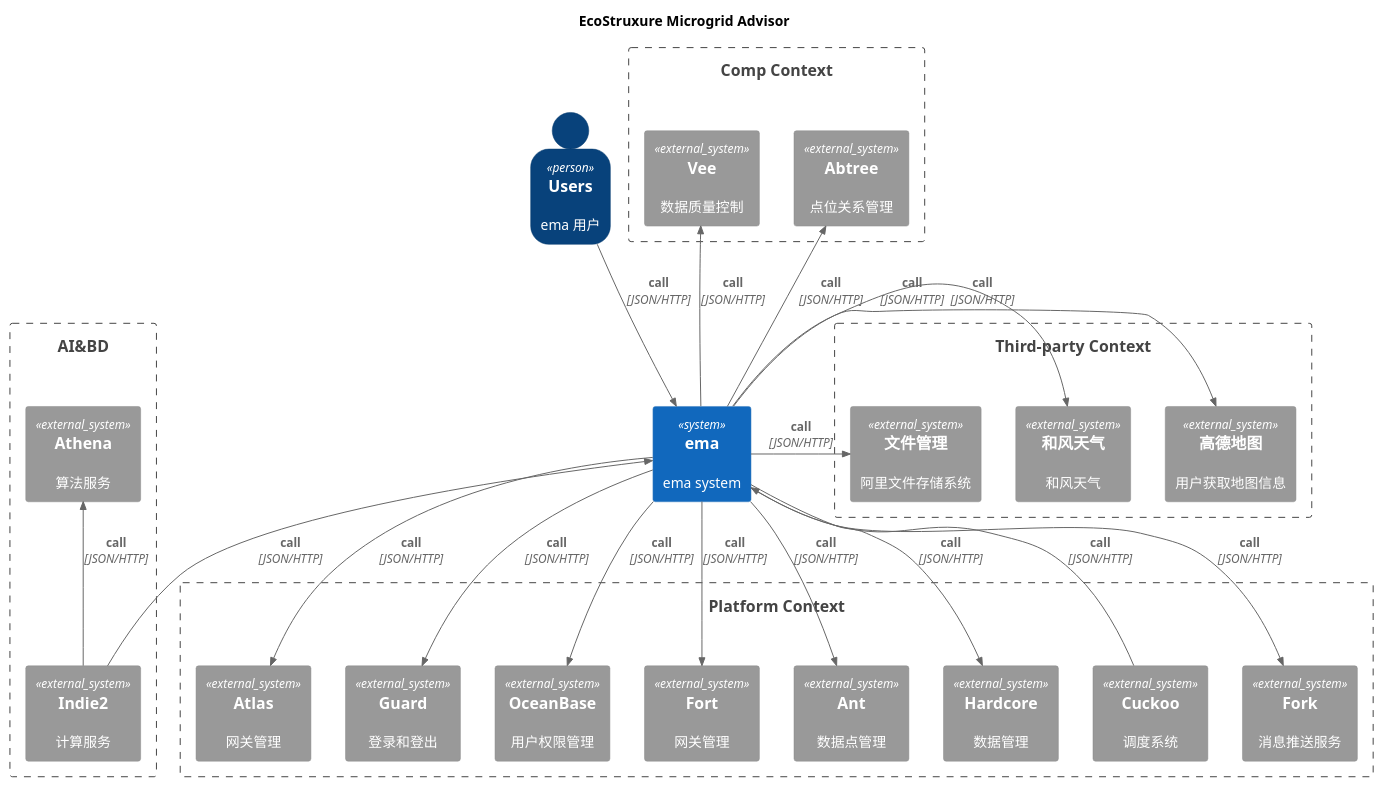
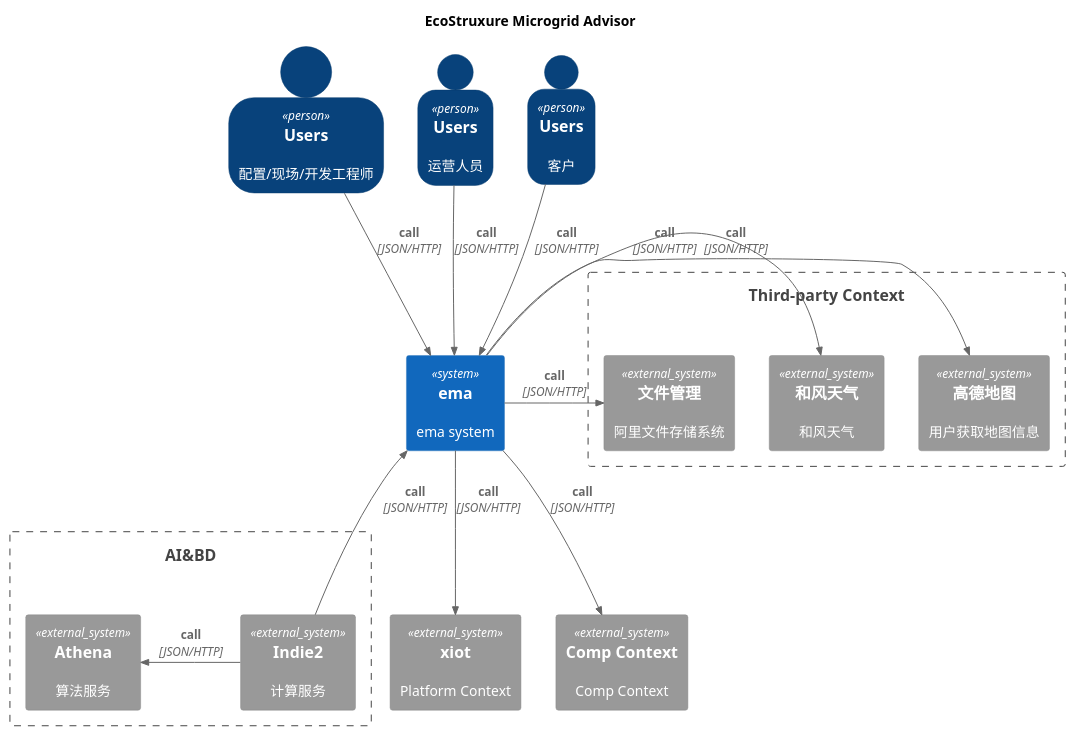
One commit to 0shuibo/C4-UML changed the diagram in c4-ema/ema_system.puml. Above: the diagram before and after it, drawn with PlantUML. The commit also changed 1 other file, not shown here.

Commit message:
提交C4图

```diff
--- a/c4-ema/ema_system.puml
+++ b/c4-ema/ema_system.puml
@@ -1,69 +1,54 @@
 @startuml energy_hub_system
 !include ../C4_Context.puml
 
 LAYOUT_TOP_DOWN()
 SHOW_PERSON_OUTLINE()
 
 title EcoStruxure Microgrid Advisor
 
-Person(customer, Users, "ema 用户")
+Person(customer1, Users, "配置/现场/开发工程师")
+Person(customer2, Users, "运营人员")
+Person(customer3, Users, "客户")
 
-Boundary(platformSystem, "Platform Context") {
-    System_Ext(atlas, "Atlas", "网关管理")
-    System_Ext(guard, "Guard", "登录和登出")
-    System_Ext(oceanBase, "OceanBase", "用户权限管理")
-    System_Ext(fort, "Fort", "网关管理")
-    System_Ext(ant, "Ant", "数据点管理")
-    System_Ext(hardcore, "Hardcore", "数据管理")
-    System_Ext(cuckoo, "Cuckoo", "调度系统")
-    System_Ext(fork, "Fork", "消息推送服务")
-}
 
 System(ema, "ema", "ema system")
 
-Boundary(compSystem, "Comp Context") {
-    System_Ext(abtree, "Abtree", "点位关系管理")
-    System_Ext(vee, "Vee", "数据质量控制")
-}
 
-Boundary(compSystem, "common service") {
-    System_Ext(fork, "Fork", "消息推送服务")
-    System_Ext(abtree, "Abtree", "点位关系管理")
-    System_Ext(cuckoo, "Cuckoo", "调度系统")
-}
+System_Ext(xiot, "xiot", "Platform Context")
+
+System_Ext(compSystem, "Comp Context", "Comp Context")
+
 
 Boundary(AI&BD, "AI&BD") {
      System_Ext(athena, "Athena", "算法服务")
      System_Ext(indie2, "Indie2", "计算服务")
 }
 
 
 Boundary(thirdPartySystem, "Third-party Context") {
     System_Ext(gis, "高德地图", "用户获取地图信息")
     System_Ext(oss, "文件管理", "阿里文件存储系统")
     System_Ext(geo, "和风天气", "和风天气")
 }
 
-Rel_D(customer,ema,"call", "JSON/HTTP")
+Rel_D(customer1,ema,"call", "JSON/HTTP")
+Rel_D(customer2,ema,"call", "JSON/HTTP")
+Rel_D(customer3,ema,"call", "JSON/HTTP")
 
-Rel_U(ema,fork,"call", "JSON/HTTP")
-Rel_U(ema,abtree,"call", "JSON/HTTP")
-Rel_U(cuckoo,ema,"call", "JSON/HTTP")
-Rel_U(ema,vee,"call", "JSON/HTTP")
 
 Rel_R(ema,gis,"call", "JSON/HTTP")
 Rel_R(ema,geo,"call", "JSON/HTTP")
 Rel_R(ema,oss,"call", "JSON/HTTP")
 
 Rel_U(indie2,ema,"call", "JSON/HTTP")
-Rel_U(indie2,athena,"call", "JSON/HTTP")
+Rel_L(indie2,athena,"call", "JSON/HTTP")
+Rel_D(ema,compSystem,"call", "JSON/HTTP")
 
 
-Rel_D(ema,atlas,"call", "JSON/HTTP")
-Rel_D(ema,guard,"call", "JSON/HTTP")
-Rel_D(ema,oceanBase,"call", "JSON/HTTP")
-Rel_D(ema,fort,"call", "JSON/HTTP")
-Rel_D(ema,ant,"call", "JSON/HTTP")
-Rel_D(ema,hardcore,"call", "JSON/HTTP")
+
+
+
+
+Rel_D(ema,xiot,"call", "JSON/HTTP")
 
 @enduml
```
